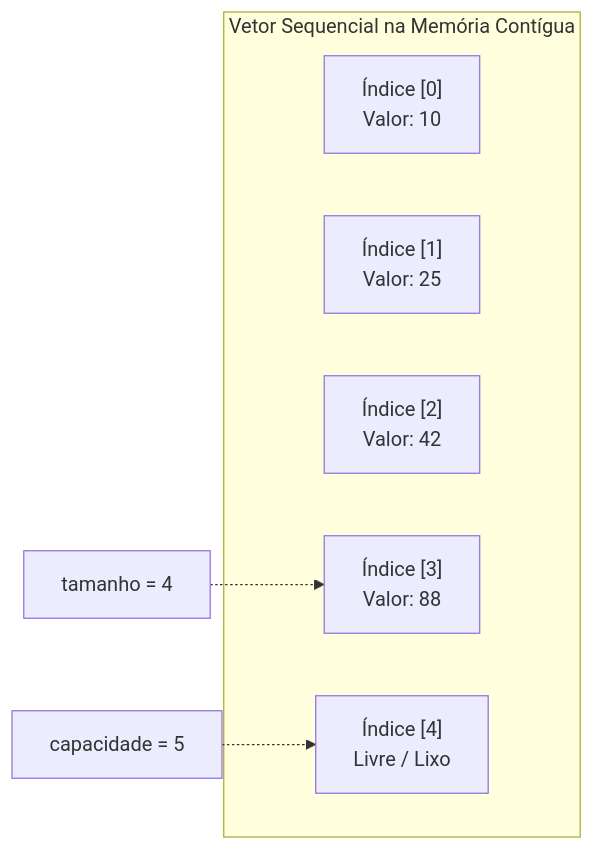
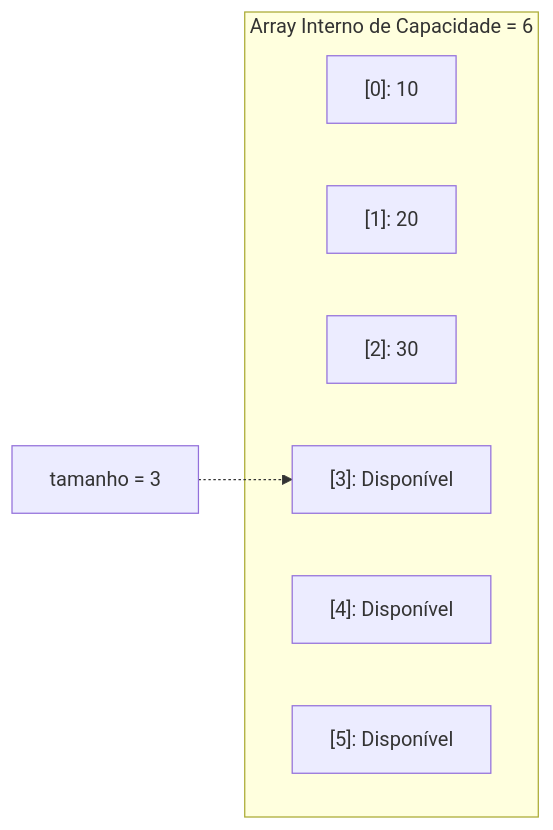
One commit to murilolol/unifef changed diagram 11 of 27 in 4º Semestre/[Prof. Wesley Soares] Estrutura de Dados I/Resumos-IA/Caderno-Consolidado.md. Above: the diagram before and after it, drawn with Mermaid. The commit also changed other lines of this file and 58 other files, not shown here.

````diff
--- a/4º Semestre/[Prof. Wesley Soares] Estrutura de Dados I/Resumos-IA/Caderno-Consolidado.md
+++ b/4º Semestre/[Prof. Wesley Soares] Estrutura de Dados I/Resumos-IA/Caderno-Consolidado.md
@@ -681,12 +526,12 @@
 ```mermaid
 flowchart LR
-    subgraph MemoriaFisica["Vetor Sequencial na Memória Contígua"]
-        P0["Índice [0]<br/>Valor: 10"]
-        P1["Índice [1]<br/>Valor: 25"]
-        P2["Índice [2]<br/>Valor: 42"]
-        P3["Índice [3]<br/>Valor: 88"]
-        P4["Índice [4]<br/>Livre / Lixo"]
-    end
-    Tam["tamanho = 4"] -.-> P3
-    Cap["capacidade = 5"] -.-> P4
+  subgraph ArrayFisico["Array Interno de Capacidade = 6"]
+    P0["[0]: 10"]
+    P1["[1]: 20"]
+    P2["[2]: 30"]
+    P3["[3]: Disponível"]
+    P4["[4]: Disponível"]
+    P5["[5]: Disponível"]
+  end
+  Marcador["tamanho = 3"] -.-> P3
 ```
````
